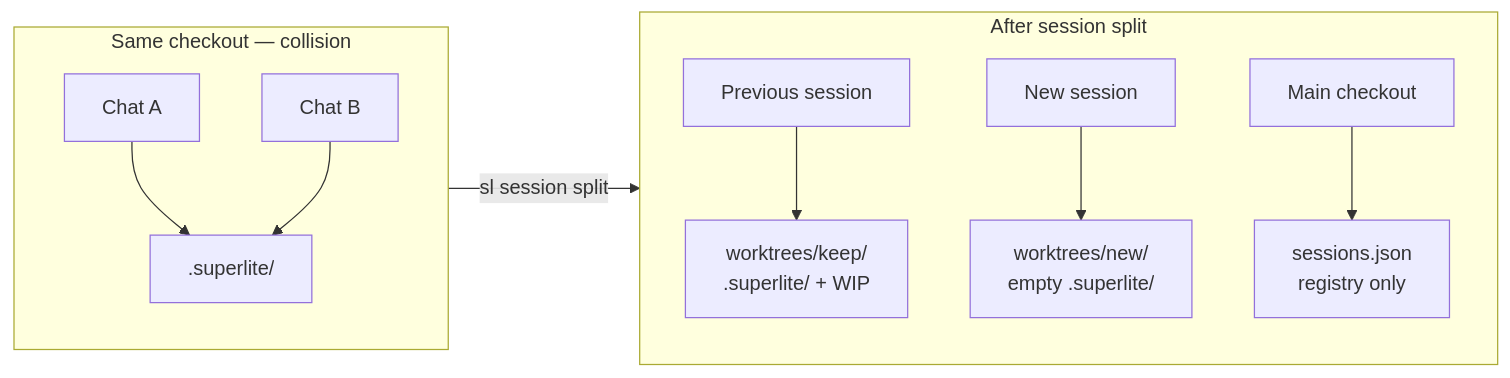
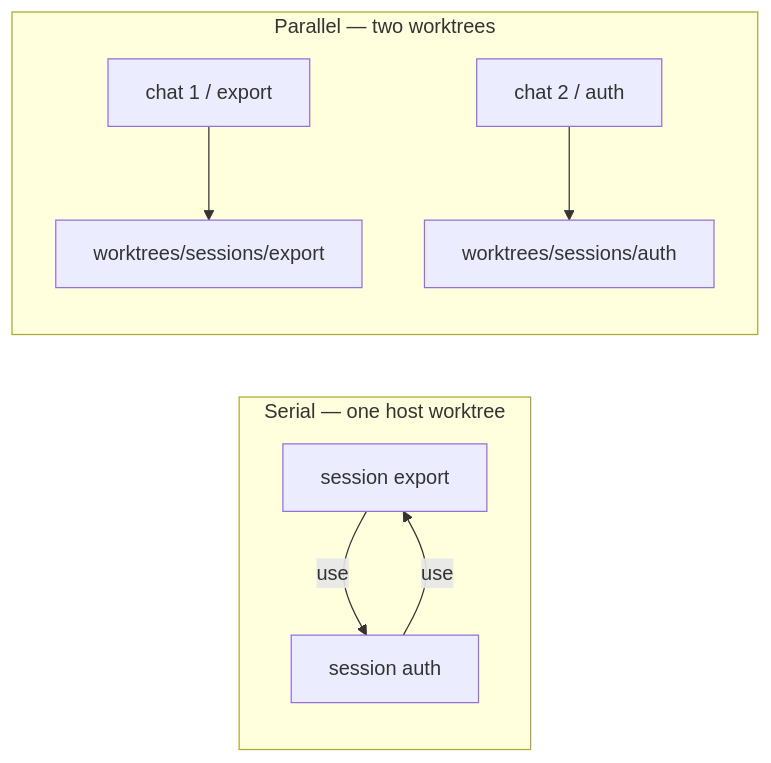
Before and after one commit to iha2/superlite: the first of 3 diagrams in docs/sessions.md, drawn with Mermaid. The commit also changed other lines of this file and 9 other files, not shown here.

````diff
--- a/docs/sessions.md
+++ b/docs/sessions.md
@@ -16,13 +17,11 @@
 ```mermaid
 flowchart LR
-  subgraph before["Same checkout — collision"]
-    C1[Chat A] --> S[".superlite/"]
-    C2[Chat B] --> S
+  subgraph serial["Serial — one host worktree"]
+    A[session export] -->|use| B[session auth]
+    B -->|use| A
   end
-  subgraph after["After session split"]
-    A2[Previous session] --> WA["worktrees/keep/<br/>.superlite/ + WIP"]
-    B2[New session] --> WB["worktrees/new/<br/>empty .superlite/"]
-    M[Main checkout] --> R["sessions.json<br/>registry only"]
+  subgraph parallel["Parallel — two worktrees"]
+    C[chat 1 / export] --> W1[worktrees/sessions/export]
+    D[chat 2 / auth] --> W2[worktrees/sessions/auth]
   end
-  before -->|"sl session split"| after
 ```
````
